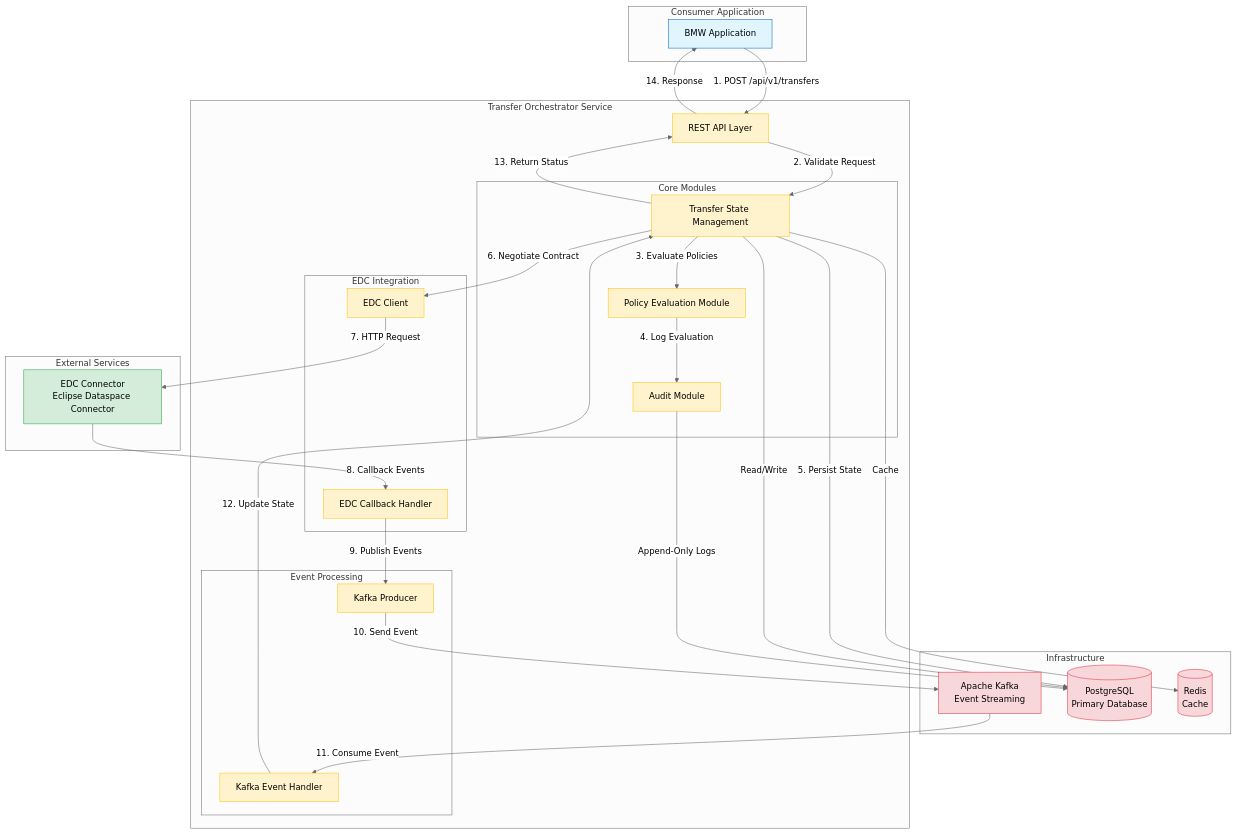
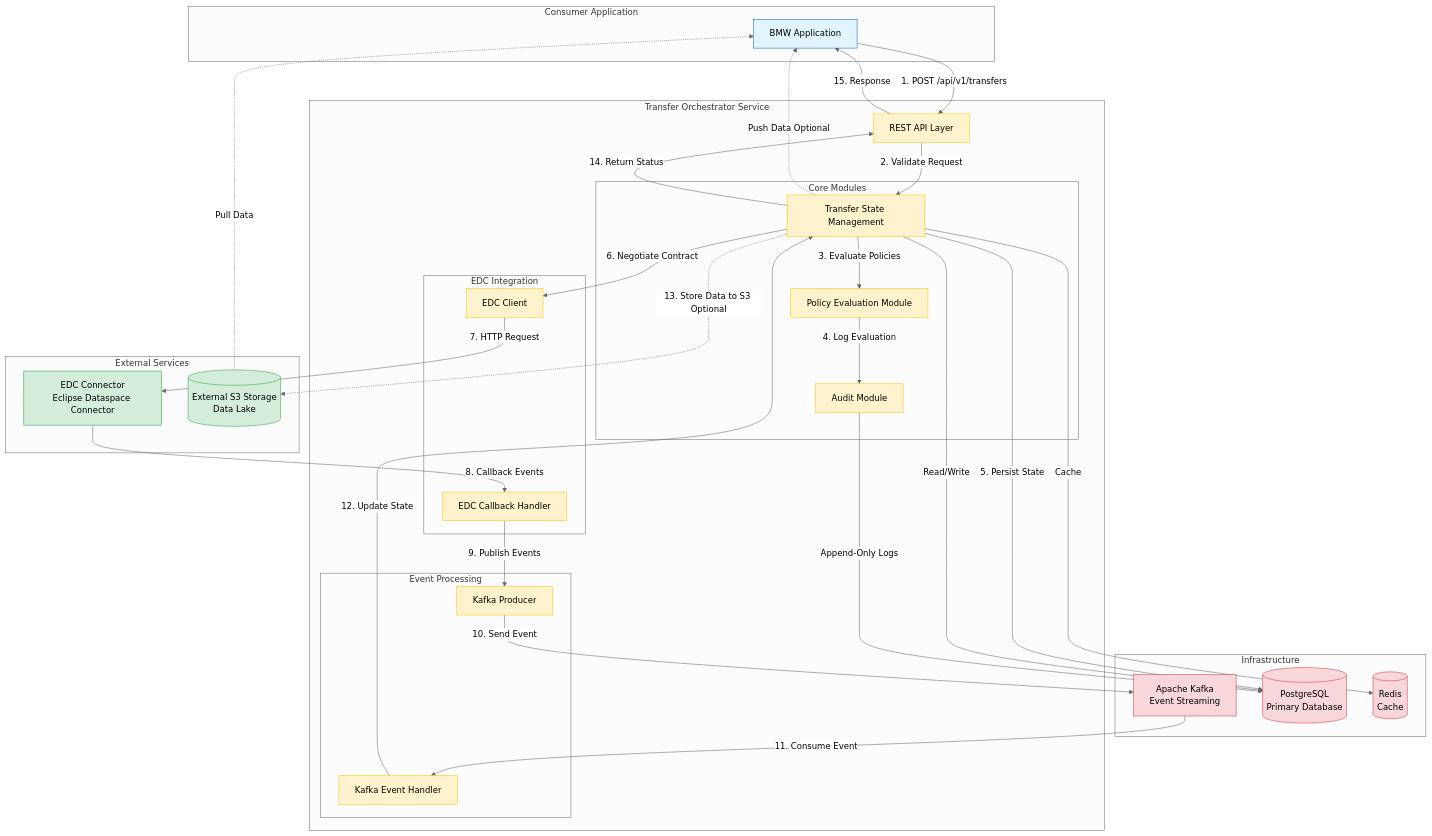
Before and after one commit to d-biswas/transfer-orchestrator: the first of 3 diagrams in architecture.md, drawn with Mermaid (neutral theme). The commit also changed other lines of this file, not shown here.

Commit message:
Updated component diagram

````diff
--- a/architecture.md
+++ b/architecture.md
@@ -15,75 +15,81 @@
 ```mermaid
 graph TB
-    subgraph "Consumer Application"
+    subgraph Consumer["Consumer Application"]
         BMW[BMW Application]
     end
 
-    subgraph "Transfer Orchestrator Service"
+    subgraph Orchestrator["Transfer Orchestrator Service"]
         API[REST API Layer]
 
-        subgraph "Core Modules"
+        subgraph Core["Core Modules"]
             POLICY[Policy Evaluation Module]
             AUDIT[Audit Module]
             TRANSFER[Transfer State Management]
         end
 
-        subgraph "EDC Integration"
+        subgraph EDCInt["EDC Integration"]
             EDC_CLIENT[EDC Client]
             CALLBACK[EDC Callback Handler]
         end
 
-        subgraph "Event Processing"
+        subgraph Events["Event Processing"]
             KAFKA_PRODUCER[Kafka Producer]
             KAFKA_CONSUMER[Kafka Event Handler]
         end
     end
 
-    subgraph "External Services"
+    subgraph External["External Services"]
         EDC[EDC Connector<br/>Eclipse Dataspace Connector]
+        S3[(External S3 Storage<br/>Data Lake)]
     end
 
-    subgraph "Infrastructure"
+    subgraph Infra["Infrastructure"]
         KAFKA[Apache Kafka<br/>Event Streaming]
         POSTGRES[(PostgreSQL<br/>Primary Database)]
         REDIS[(Redis<br/>Cache)]
     end
 
     %% Consumer to Orchestrator
     BMW -->|1. POST /api/v1/transfers| API
 
     %% Internal Flow
     API -->|2. Validate Request| TRANSFER
     TRANSFER -->|3. Evaluate Policies| POLICY
     POLICY -->|4. Log Evaluation| AUDIT
     TRANSFER -->|5. Persist State| POSTGRES
     TRANSFER -->|6. Negotiate Contract| EDC_CLIENT
 
     %% EDC Integration
     EDC_CLIENT -->|7. HTTP Request| EDC
     EDC -->|8. Callback Events| CALLBACK
     CALLBACK -->|9. Publish Events| KAFKA_PRODUCER
 
     %% Kafka Flow
     KAFKA_PRODUCER -->|10. Send Event| KAFKA
     KAFKA -->|11. Consume Event| KAFKA_CONSUMER
     KAFKA_CONSUMER -->|12. Update State| TRANSFER
 
+    %% S3 Storage Flow (Optional)
+    TRANSFER -.->|13. Store Data to S3 Optional| S3
+    S3 -.->|Pull Data| BMW
+    TRANSFER -.->|Push Data Optional| BMW
+
     %% State Management
     TRANSFER -->|Read/Write| POSTGRES
     TRANSFER -->|Cache| REDIS
     AUDIT -->|Append-Only Logs| POSTGRES
 
     %% Response
-    TRANSFER -->|13. Return Status| API
-    API -->|14. Response| BMW
+    TRANSFER -->|14. Return Status| API
+    API -->|15. Response| BMW
 
     classDef consumer fill:#e1f5ff,stroke:#0066cc
     classDef orchestrator fill:#fff3cd,stroke:#ffc107
     classDef external fill:#d4edda,stroke:#28a745
     classDef infra fill:#f8d7da,stroke:#dc3545
 
     class BMW consumer
     class API,POLICY,AUDIT,TRANSFER,EDC_CLIENT,CALLBACK,KAFKA_PRODUCER,KAFKA_CONSUMER orchestrator
-    class EDC external
+    class EDC,S3 external
     class KAFKA,POSTGRES,REDIS infra
 ```
````
